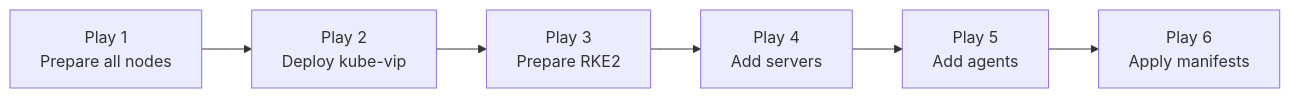
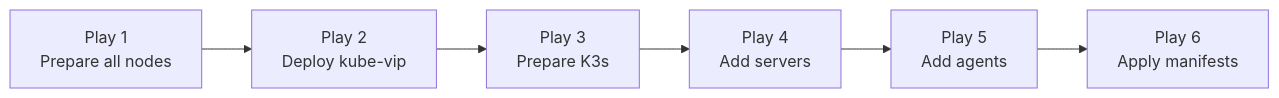
One commit to SimonJan2/Ansible changed the second of 2 diagrams in README.md. Above: the diagram before and after it, drawn with Mermaid. The commit also changed other lines of this file and 22 other files, not shown here.

````diff
--- a/README.md
+++ b/README.md
@@ -172,11 +174,11 @@
 ```mermaid
 flowchart LR
     p1["Play 1\nPrepare all nodes"]
     p2["Play 2\nDeploy kube-vip"]
-    p3["Play 3\nPrepare RKE2"]
+    p3["Play 3\nPrepare K3s"]
     p4["Play 4\nAdd servers"]
     p5["Play 5\nAdd agents"]
     p6["Play 6\nApply manifests"]
 
     p1 --> p2 --> p3 --> p4 --> p5 --> p6
 ```
````
